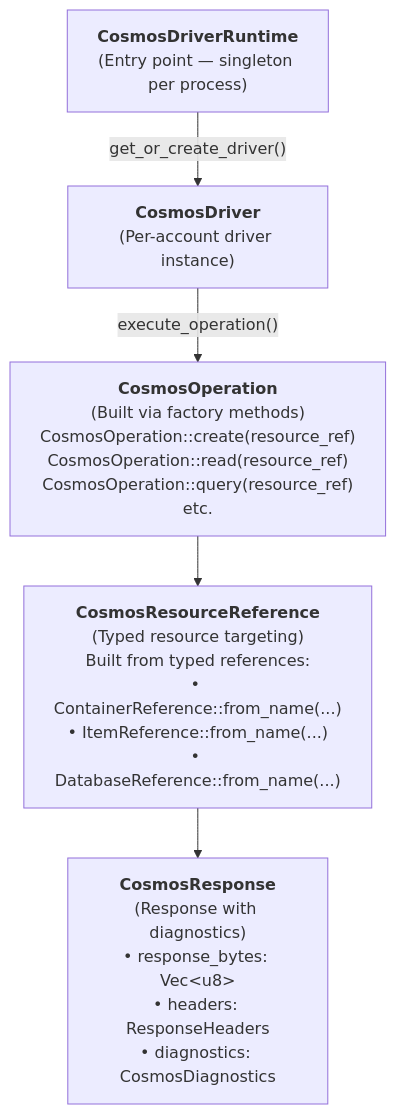
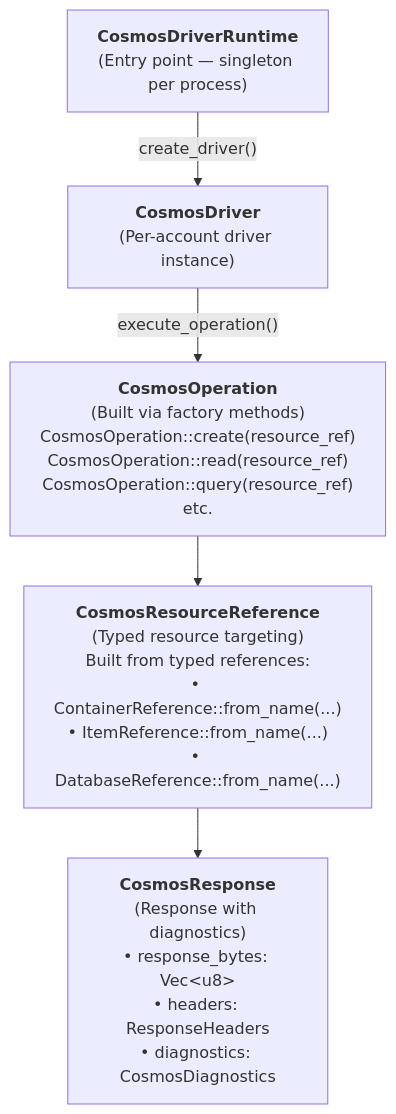
Before and after one commit to Azure/azure-sdk-for-rust: the second of 4 diagrams in sdk/cosmos/azure_data_cosmos_driver/ARCHITECTURE.md, drawn with Mermaid. The commit also changed other lines of this file and 19 other files, not shown here.

First line of the commit message:
feat(cosmos): remove per-account driver cache from runtime

````diff
--- a/sdk/cosmos/azure_data_cosmos_driver/ARCHITECTURE.md
+++ b/sdk/cosmos/azure_data_cosmos_driver/ARCHITECTURE.md
@@ -43,12 +43,12 @@
 ```mermaid
 flowchart TD
     Runtime["<b>CosmosDriverRuntime</b><br/>(Entry point — singleton per process)"]
     Driver["<b>CosmosDriver</b><br/>(Per-account driver instance)"]
     Op["<b>CosmosOperation</b><br/>(Built via factory methods)<br/>CosmosOperation::create(resource_ref)<br/>CosmosOperation::read(resource_ref)<br/>CosmosOperation::query(resource_ref)<br/>etc."]
     Ref["<b>CosmosResourceReference</b><br/>(Typed resource targeting)<br/>Built from typed references:<br/>• ContainerReference::from_name(...)<br/>• ItemReference::from_name(...)<br/>• DatabaseReference::from_name(...)"]
     Resp["<b>CosmosResponse</b><br/>(Response with diagnostics)<br/>• response_bytes: Vec&lt;u8&gt;<br/>• headers: ResponseHeaders<br/>• diagnostics: CosmosDiagnostics"]
-    Runtime -- "get_or_create_driver()" --> Driver
+    Runtime -- "create_driver()" --> Driver
     Driver -- "execute_operation()" --> Op
     Op --> Ref
     Ref --> Resp
 ```
````
